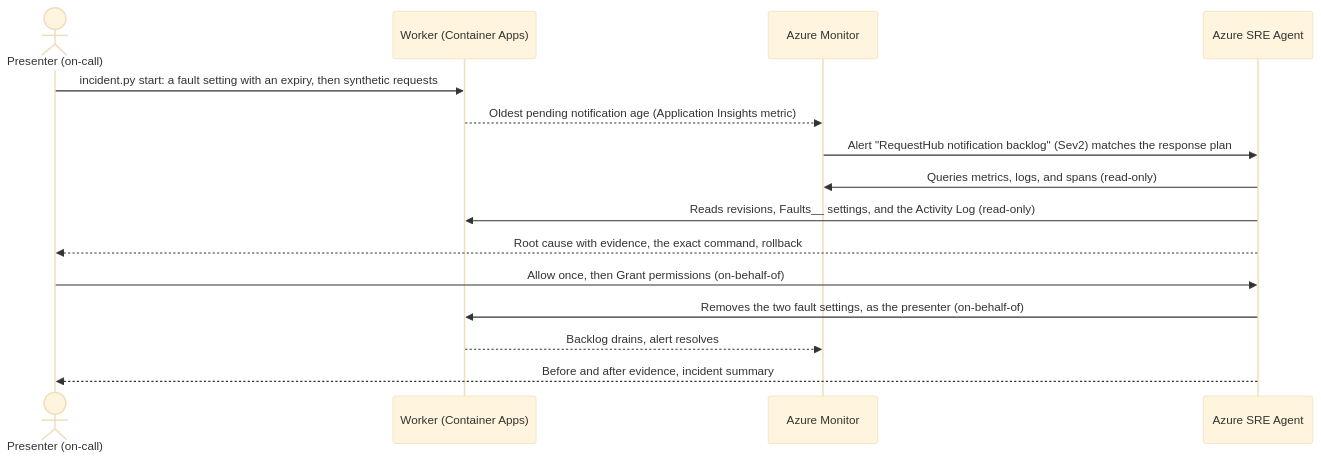
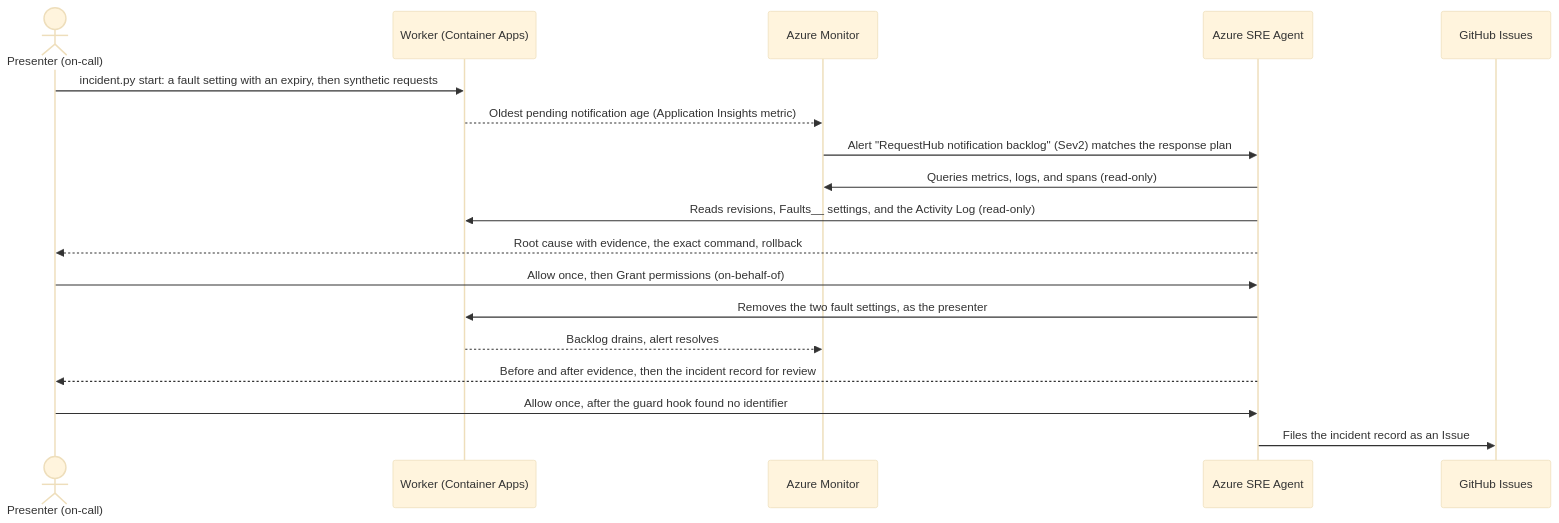
Before and after one commit to melabadi/adept-assessment-northstars: the diagram in solutions/07-operate-microsoft/README.md, drawn with Mermaid (base theme). The commit also changed other lines of this file and 23 other files, not shown here.

````diff
--- a/solutions/07-operate-microsoft/README.md
+++ b/solutions/07-operate-microsoft/README.md
@@ -27,17 +29,20 @@
 ```mermaid
 sequenceDiagram
   actor P as Presenter (on-call)
   participant W as Worker (Container Apps)
   participant M as Azure Monitor
   participant S as Azure SRE Agent
+  participant G as GitHub Issues
   P->>W: incident.py start: a fault setting with an expiry, then synthetic requests
   W-->>M: Oldest pending notification age (Application Insights metric)
   M->>S: Alert "RequestHub notification backlog" (Sev2) matches the response plan
   S->>M: Queries metrics, logs, and spans (read-only)
   S->>W: Reads revisions, Faults__ settings, and the Activity Log (read-only)
   S-->>P: Root cause with evidence, the exact command, rollback
   P->>S: Allow once, then Grant permissions (on-behalf-of)
-  S->>W: Removes the two fault settings, as the presenter (on-behalf-of)
+  S->>W: Removes the two fault settings, as the presenter
   W-->>M: Backlog drains, alert resolves
-  S-->>P: Before and after evidence, incident summary
+  S-->>P: Before and after evidence, then the incident record for review
+  P->>S: Allow once, after the guard hook found no identifier
+  S->>G: Files the incident record as an Issue
 ```
````
